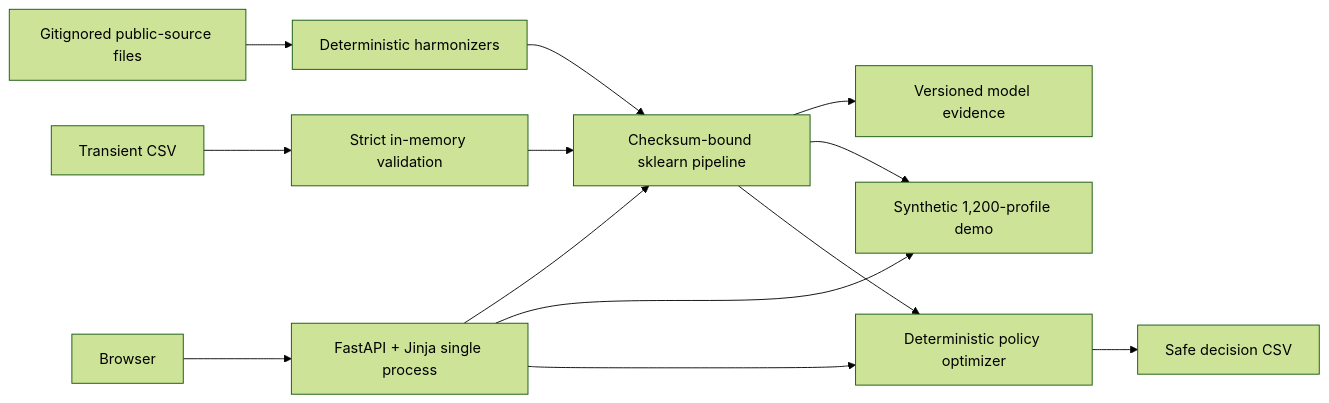
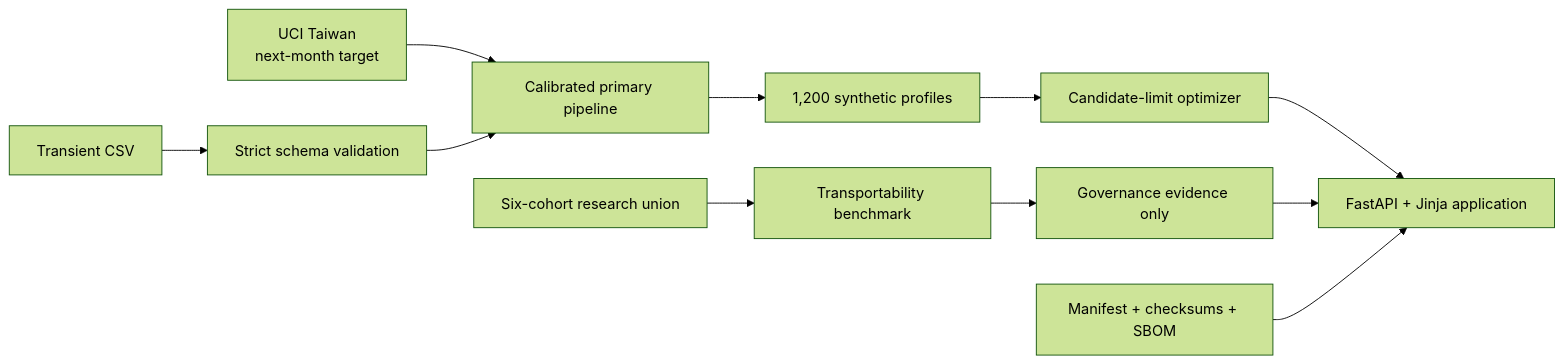
The diagram in README.md (Ghostboy789/limitiq-credit-line-optimization), drawn with Mermaid (forest theme) before and after one commit. The commit also changed other lines of this file and 70 other files, not shown here.

Commit message:
feat: separate v3 primary decision model from research benchmark

````diff
--- a/README.md
+++ b/README.md
@@ -187,15 +135,13 @@
 ```mermaid
 flowchart LR
-  S[Gitignored public-source files] --> H[Deterministic harmonizers]
-  H --> M[Checksum-bound sklearn pipeline]
-  M --> E[Versioned model evidence]
-  M --> D[Synthetic 1,200-profile demo]
-  B[Browser] --> W[FastAPI + Jinja single process]
-  W --> M
-  W --> D
-  W --> O[Deterministic policy optimizer]
-  C[Transient CSV] --> V[Strict in-memory validation]
-  V --> M
-  M --> O
-  O --> X[Safe decision CSV]
+  U[UCI Taiwan<br>next-month target] --> P[Calibrated primary pipeline]
+  P --> D[1,200 synthetic profiles]
+  D --> O[Candidate-limit optimizer]
+  O --> W[FastAPI + Jinja application]
+  C[Transient CSV] --> V[Strict schema validation]
+  V --> P
+  G[Six-cohort research union] --> R[Transportability benchmark]
+  R --> Q[Governance evidence only]
+  Q --> W
+  M[Manifest + checksums + SBOM] --> W
 ```
````
